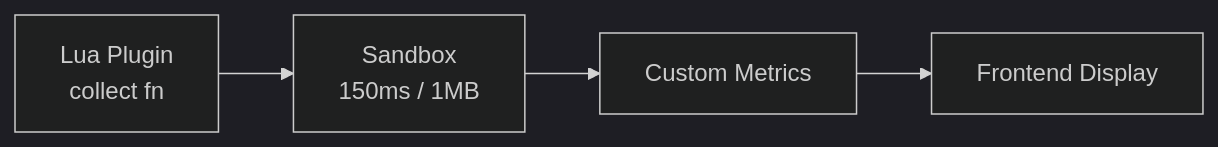
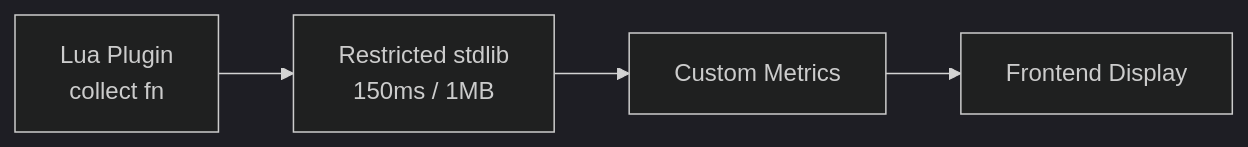
One commit to CAPDESIS/omnimon changed the sixth of 8 diagrams in docs/ARCHITECTURE.md. Above: the diagram before and after it, drawn with Mermaid (dark theme). The commit also changed other lines of this file and 17 other files, not shown here.

First line of the commit message:
feat(plugins): restrict Lua stdlib and drop sandbox claims

````diff
--- a/docs/ARCHITECTURE.md
+++ b/docs/ARCHITECTURE.md
@@ -175,6 +175,6 @@
 ```mermaid
 graph LR
-    LUA[Lua Plugin<br/>collect fn] --> SANDBOX[Sandbox<br/>150ms / 1MB]
-    SANDBOX --> METRICS[Custom Metrics]
+    LUA[Lua Plugin<br/>collect fn] --> LIMITS[Restricted stdlib<br/>150ms / 1MB]
+    LIMITS --> METRICS[Custom Metrics]
     METRICS --> UI[Frontend Display]
 ```
````
